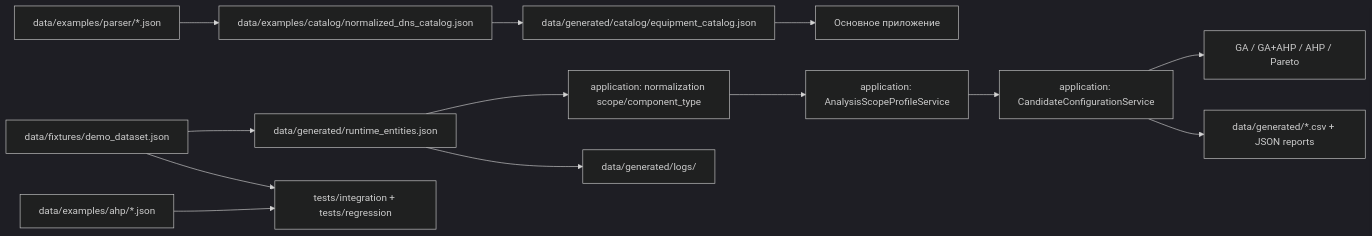
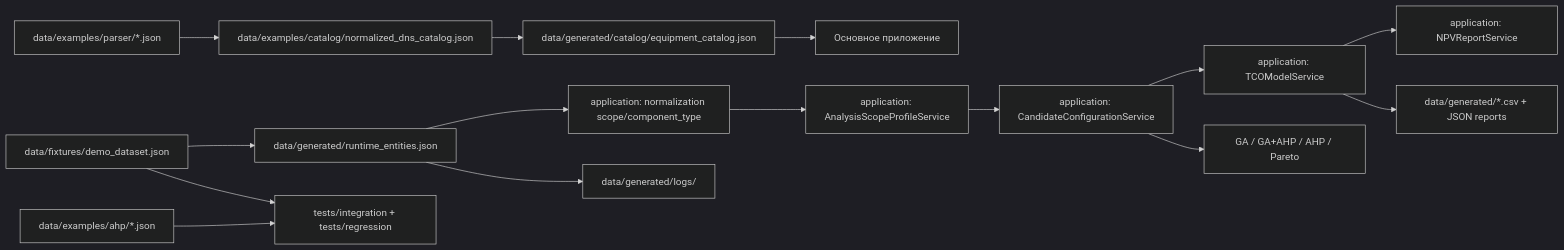
Before and after one commit to Pacifica123/it_cost_calc: the diagram in docs/architecture/data_map.md, drawn with Mermaid (dark theme). The commit also changed other lines of this file and 16 other files, not shown here.

First line of the commit message:
feat: add TCO model and NPV bridge

````diff
--- a/docs/architecture/data_map.md
+++ b/docs/architecture/data_map.md
@@ -5,17 +5,19 @@
 ```mermaid
 flowchart LR
     FIX[data/fixtures/demo_dataset.json] --> RUNTIME[data/generated/runtime_entities.json]
     RUNTIME --> RNORM[application: normalization scope/component_type]
     RNORM --> PROFILE[application: AnalysisScopeProfileService]
     PROFILE --> CAND[application: CandidateConfigurationService]
+    CAND --> TCO[application: TCOModelService]
+    TCO --> NPV[application: NPVReportService]
     CAND --> ANALYTICS[GA / GA+AHP / AHP / Pareto]
-    CAND --> REPORTS[data/generated/*.csv + JSON reports]
+    TCO --> REPORTS[data/generated/*.csv + JSON reports]
     RUNTIME --> LOGS[data/generated/logs/]
 
     RAW[data/examples/parser/*.json] --> CNORM[data/examples/catalog/normalized_dns_catalog.json]
     CNORM --> CATALOG[data/generated/catalog/equipment_catalog.json]
     CATALOG --> APP[Основное приложение]
 
     EXAHP[data/examples/ahp/*.json] --> TESTS[tests/integration + tests/regression]
     FIX --> TESTS
 ```
````
